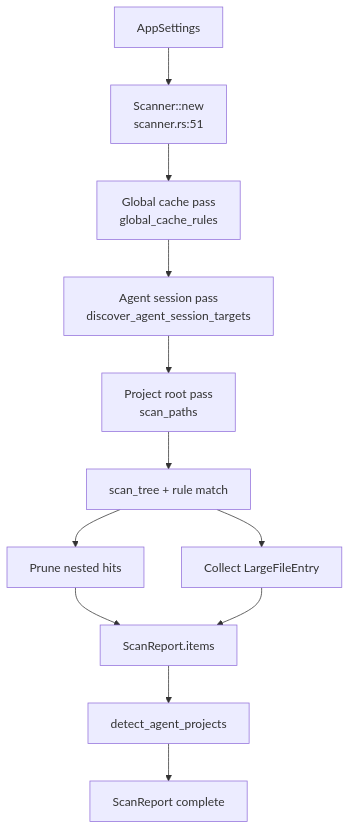
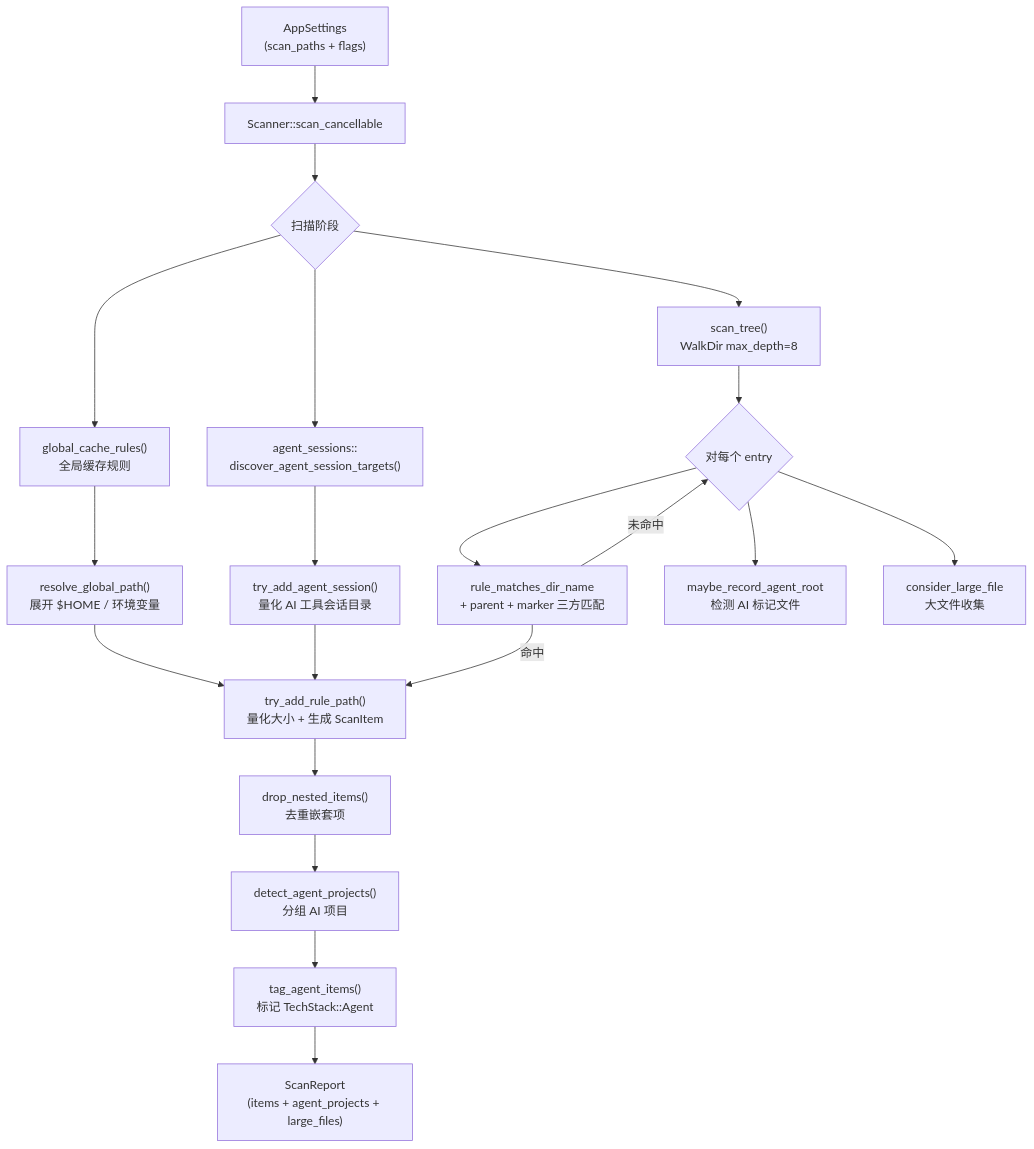
One commit to sopaco/CLV3000-Plus changed the diagram in .terrain/human/4.Deep-Exploration/scanner.md. Above: the diagram before and after it, drawn with Mermaid. The commit also changed other lines of this file and 25 other files, not shown here.

````diff
--- a/.terrain/human/4.Deep-Exploration/scanner.md
+++ b/.terrain/human/4.Deep-Exploration/scanner.md
@@ -47,14 +40,25 @@
 ```mermaid
 flowchart TD
-    A["AppSettings"] --> B["Scanner::new<br/>scanner.rs:51"]
-    B --> C["Global cache pass<br/>global_cache_rules"]
-    C --> D["Agent session pass<br/>discover_agent_session_targets"]
-    D --> E["Project root pass<br/>scan_paths"]
-    E --> F["scan_tree + rule match"]
-    F --> G["Prune nested hits"]
-    F --> H["Collect LargeFileEntry"]
-    G --> I["ScanReport.items"]
-    H --> I
-    I --> J["detect_agent_projects"]
-    J --> K["ScanReport complete"]
+    A["AppSettings<br/>(scan_paths + flags)"] --> B[Scanner::scan_cancellable]
+    B --> C{"扫描阶段"}
+    C --> D["global_cache_rules()<br/>全局缓存规则"]
+    D --> E["resolve_global_path()<br/>展开 $HOME / 环境变量"]
+    E --> F["try_add_rule_path()<br/>量化大小 + 生成 ScanItem"]
+
+    C --> G["agent_sessions::<br/>discover_agent_session_targets()"]
+    G --> H["try_add_agent_session()<br/>量化 AI 工具会话目录"]
+    H --> F
+
+    C --> I["scan_tree()<br/>WalkDir max_depth=8"]
+    I --> J{"对每个 entry"}
+    J --> K["rule_matches_dir_name<br/>+ parent + marker 三方匹配"]
+    K -->|命中| F
+    K -->|未命中| J
+    J --> L["maybe_record_agent_root<br/>检测 AI 标记文件"]
+    J --> M["consider_large_file<br/>大文件收集"]
+
+    F --> N["drop_nested_items()<br/>去重嵌套项"]
+    N --> O["detect_agent_projects()<br/>分组 AI 项目"]
+    O --> P["tag_agent_items()<br/>标记 TechStack::Agent"]
+    P --> Q["ScanReport<br/>(items + agent_projects + large_files)"]
 ```
````
